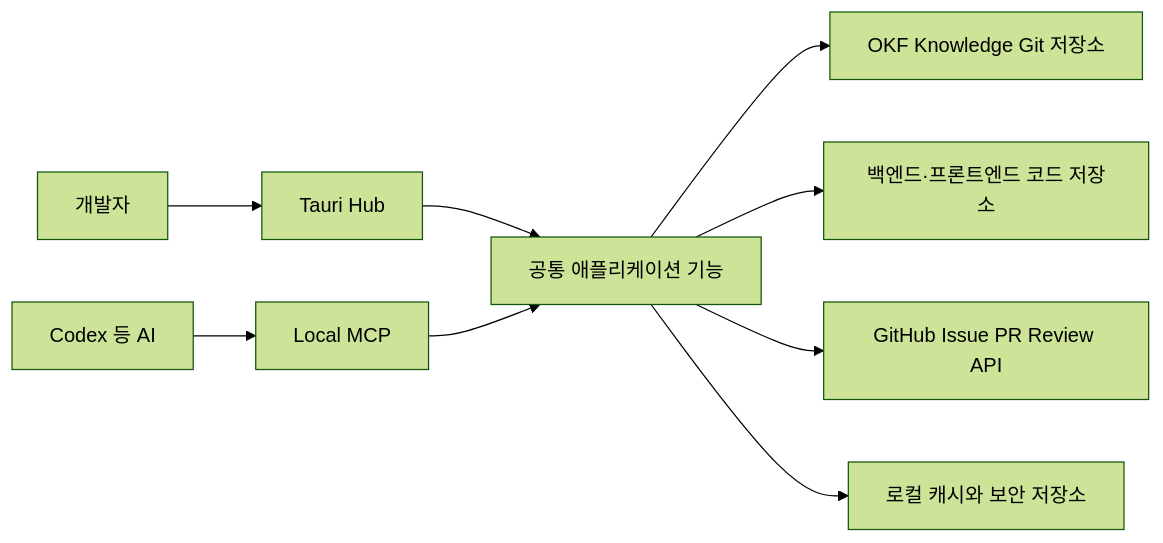
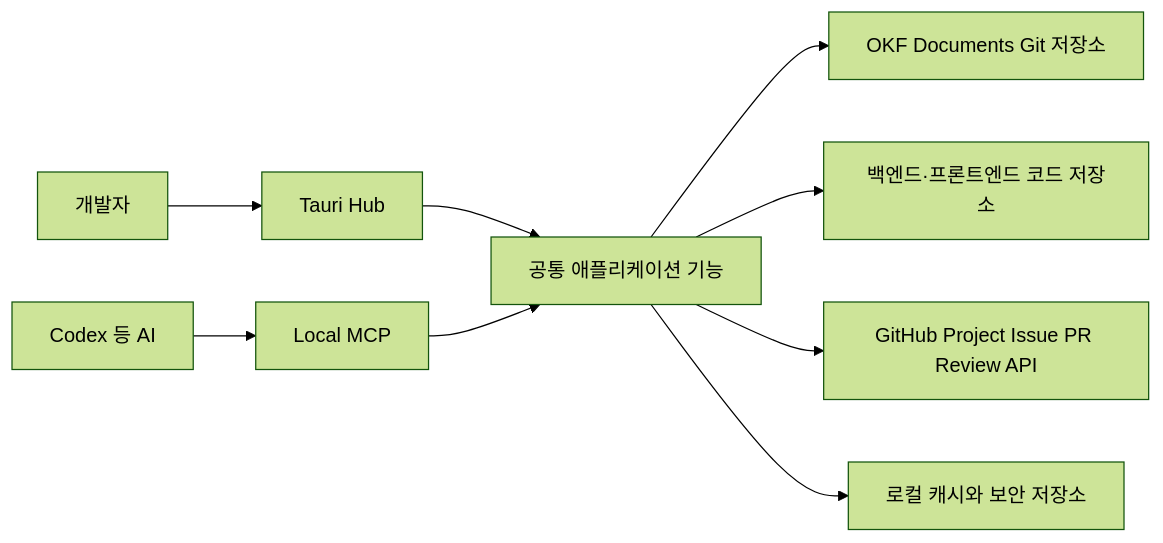
The diagram in docs/architecture/system-design.md (Mockly-Company/okf-knowledge-hub), drawn with Mermaid (forest theme) before and after one commit. The commit also changed other lines of this file and 6 other files, not shown here.

````diff
--- a/docs/architecture/system-design.md
+++ b/docs/architecture/system-design.md
@@ -7,11 +7,11 @@
 ```mermaid
 flowchart LR
     U[개발자] --> T[Tauri Hub]
     A[Codex 등 AI] --> M[Local MCP]
     T --> C[공통 애플리케이션 기능]
     M --> C
-    C --> K[OKF Knowledge Git 저장소]
+    C --> K[OKF Documents Git 저장소]
     C --> R[백엔드·프론트엔드 코드 저장소]
-    C --> G[GitHub Issue PR Review API]
+    C --> G[GitHub Project Issue PR Review API]
     C --> L[로컬 캐시와 보안 저장소]
 ```
````
